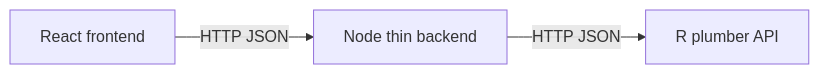
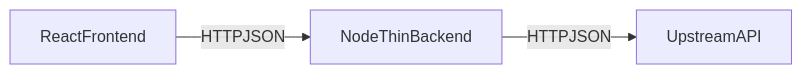
One commit to averyreyna/coupcats changed the diagram in server/CONTRIBUTING.md. Above: the diagram before and after it, drawn with Mermaid. The commit also changed other lines of this file and 19 other files, not shown here.

````diff
--- a/server/CONTRIBUTING.md
+++ b/server/CONTRIBUTING.md
@@ -26,5 +13,5 @@
 ```mermaid
 flowchart LR
-  browser[React frontend] -->|HTTP JSON| nodeBackend[Node thin backend]
-  nodeBackend -->|HTTP JSON| rApi[R plumber API]
+  frontend[ReactFrontend] -->|HTTPJSON| nodeBackend[NodeThinBackend]
+  nodeBackend -->|HTTPJSON| upstreamApi[UpstreamAPI]
 ```
````
